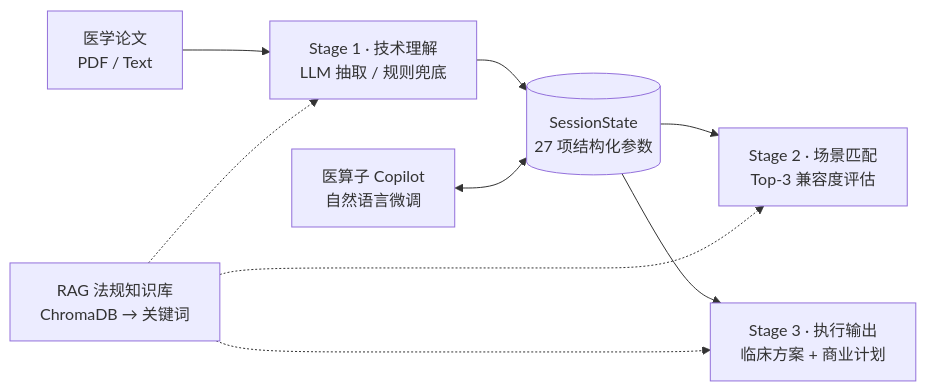
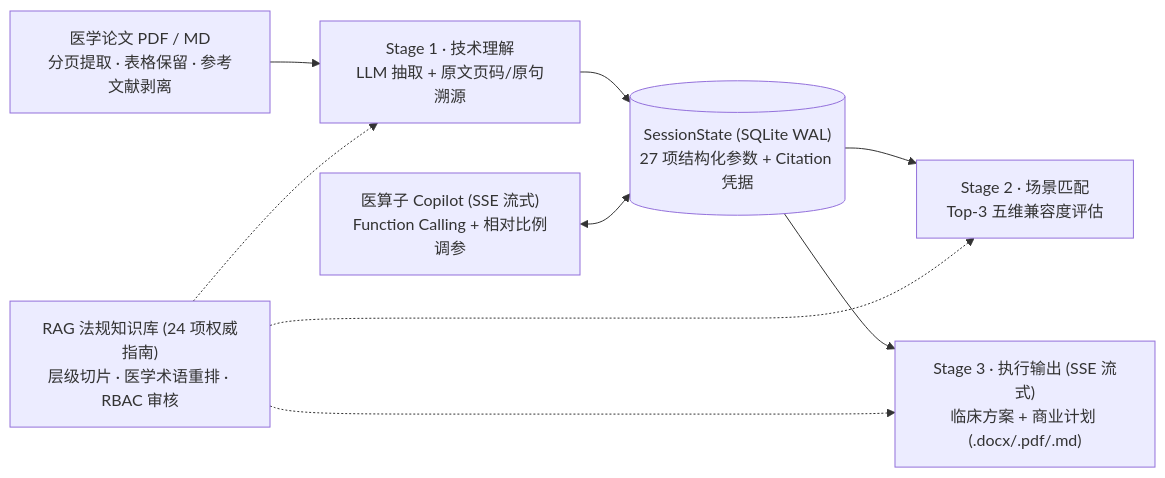
The first of 2 diagrams in README.md (Mamroru77/hw-cloud-opc-demo1), drawn with Mermaid before and after one commit. The commit also changed other lines of this file and 65 other files, not shown here.

Commit message:
feat(web): 完成 P0-P2 全链路产品化升级并更新实机截图与 README 文档

````diff
--- a/README.md
+++ b/README.md
@@ -56,11 +57,11 @@
 ```mermaid
 flowchart LR
-    P["医学论文<br/>PDF / Text"] --> S1["Stage 1 · 技术理解<br/>LLM 抽取 / 规则兜底"]
-    S1 --> ST[("SessionState<br/>27 项结构化参数")]
-    ST --> S2["Stage 2 · 场景匹配<br/>Top-3 兼容度评估"]
-    ST --> S3["Stage 3 · 执行输出<br/>临床方案 + 商业计划"]
-    RAG["RAG 法规知识库<br/>ChromaDB → 关键词"] -.-> S1
+    P["医学论文 PDF / MD<br/>分页提取 · 表格保留 · 参考文献剥离"] --> S1["Stage 1 · 技术理解<br/>LLM 抽取 + 原文页码/原句溯源"]
+    S1 --> ST[("SessionState (SQLite WAL)<br/>27 项结构化参数 + Citation 凭据")]
+    ST --> S2["Stage 2 · 场景匹配<br/>Top-3 五维兼容度评估"]
+    ST --> S3["Stage 3 · 执行输出 (SSE 流式)<br/>临床方案 + 商业计划 (.docx/.pdf/.md)"]
+    RAG["RAG 法规知识库 (24 项权威指南)<br/>层级切片 · 医学术语重排 · RBAC 审核"] -.-> S1
     RAG -.-> S2
     RAG -.-> S3
-    AI["医算子 Copilot<br/>自然语言微调"] <--> ST
+    AI["医算子 Copilot (SSE 流式)<br/>Function Calling + 相对比例调参"] <--> ST
 ```
````
